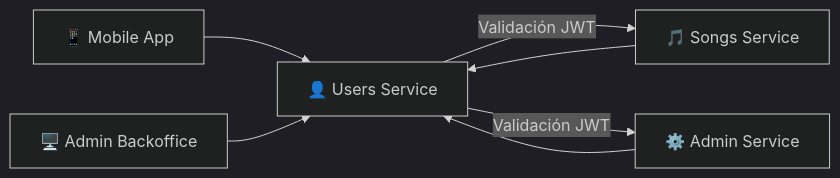
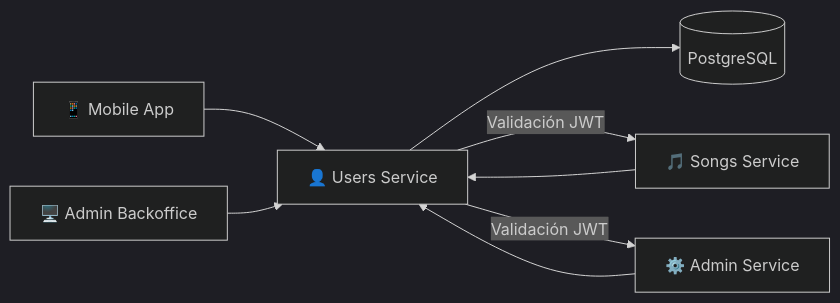
The diagram in docs/services/users-service.md (Melodia-FIUBA/docs), drawn with Mermaid (dark theme) before and after one commit. The commit also changed other lines of this file and 17 other files, not shown here.

````diff
--- a/docs/services/users-service.md
+++ b/docs/services/users-service.md
@@ -149,12 +11,13 @@
 ```mermaid
 graph LR
     Users[👤 Users Service]
-    
+
     Songs[🎵 Songs Service] --> Users
     Admin[⚙️ Admin Service] --> Users
     App[📱 Mobile App] --> Users
     Backoffice[🖥️ Admin Backoffice] --> Users
-    
+
+    Users --> DB[(PostgreSQL)]
     Users --> |Validación JWT| Songs
     Users --> |Validación JWT| Admin
 ```
````
